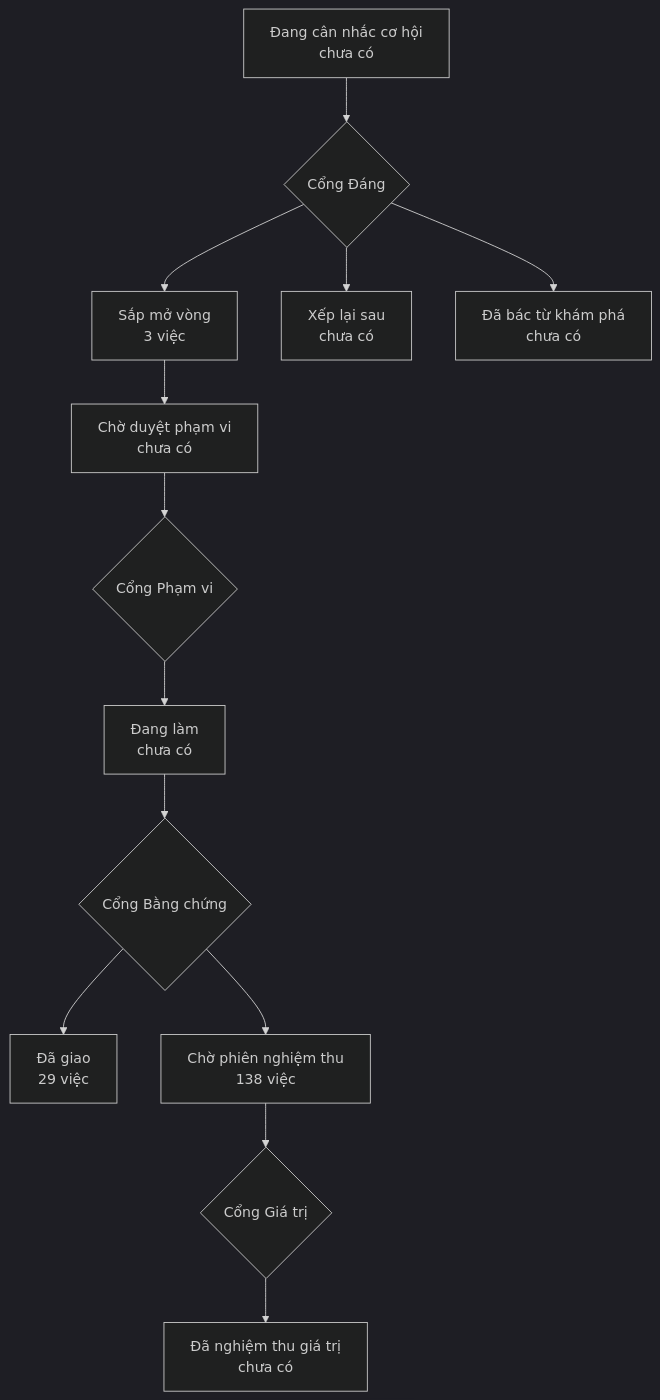
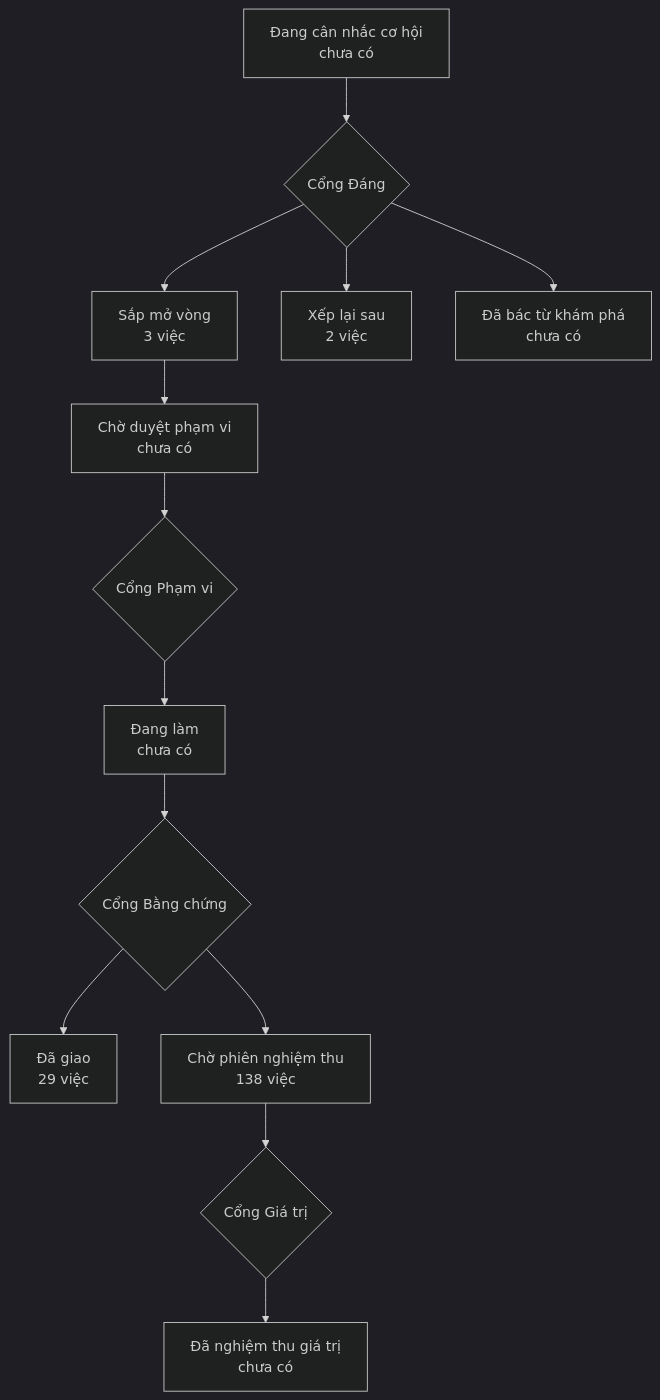
One commit to phanlemanh/onehub-quy-hang changed the diagram in PRODUCT-MAP.md. Above: the diagram before and after it, drawn with Mermaid (dark theme). The commit also changed other lines of this file and 1 other file, not shown here.

Commit message:
chore: vẽ lại bản đồ sau gộp main

````diff
--- a/PRODUCT-MAP.md
+++ b/PRODUCT-MAP.md
@@ -7,12 +7,12 @@
 ```mermaid
 flowchart TD
   A["Đang cân nhắc cơ hội<br/>chưa có"] --> GD{"Cổng Đáng"}
   GD --> B["Sắp mở vòng<br/>3 việc"]
-  GD --> XL["Xếp lại sau<br/>chưa có"]
+  GD --> XL["Xếp lại sau<br/>2 việc"]
   GD --> DB["Đã bác từ khám phá<br/>chưa có"]
   B --> CD["Chờ duyệt phạm vi<br/>chưa có"] --> GP{"Cổng Phạm vi"}
   GP --> DL["Đang làm<br/>chưa có"] --> GB{"Cổng Bằng chứng"}
   GB --> DG["Đã giao<br/>29 việc"]
   GB --> CN["Chờ phiên nghiệm thu<br/>138 việc"] --> GG{"Cổng Giá trị"}
   GG --> NT["Đã nghiệm thu giá trị<br/>chưa có"]
 ```
````
